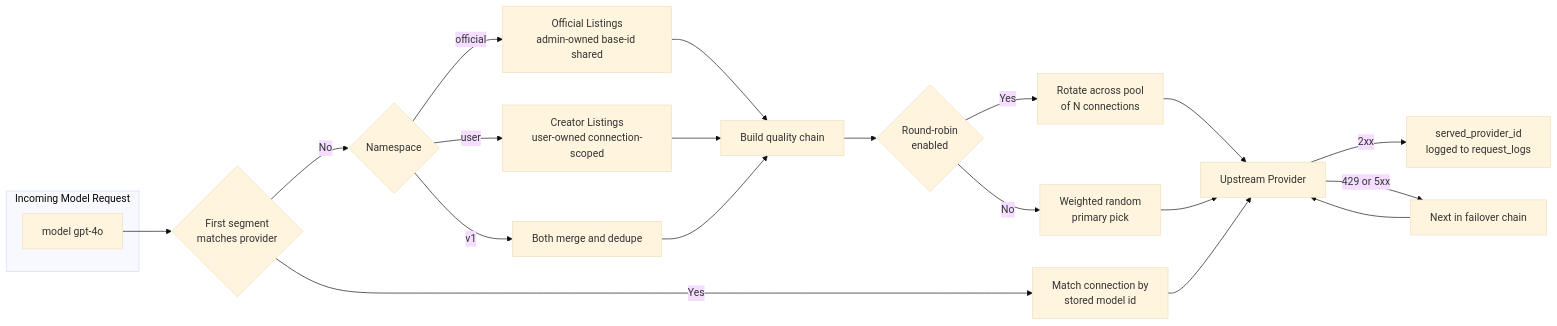
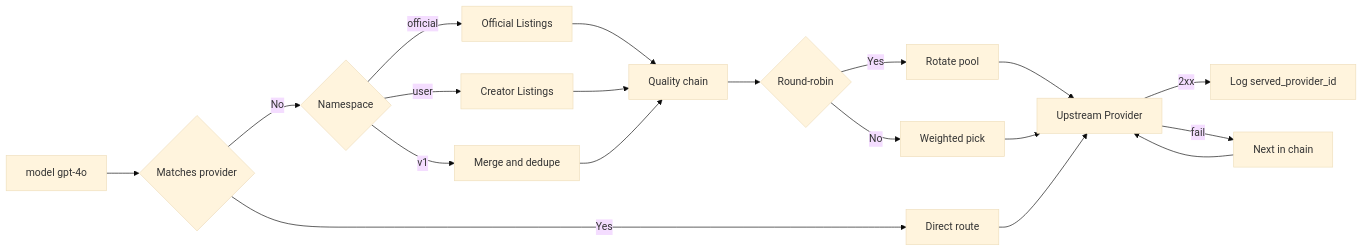
Before and after one commit to qwetls/xeygate: the fourth of 4 diagrams in README.md, drawn with Mermaid (base theme). The commit also changed other lines of this file, not shown here.

First line of the commit message:
fix: drastically simplify ER and marketplace Mermaid diagrams for GitHub

````diff
--- a/README.md
+++ b/README.md
@@ -476,31 +370,21 @@
 ```mermaid
 graph LR
-    subgraph Request[Incoming Model Request]
-        REQ[model gpt-4o]
-    end
-
-    REQ --> DETECT{First segment<br/>matches provider}
-
-    DETECT -->|Yes| CONN[Match connection by<br/>stored model id]
+    REQ[model gpt-4o] --> DETECT{Matches provider}
+    DETECT -->|Yes| CONN[Direct route]
     DETECT -->|No| NS{Namespace}
-
-    NS -->|official| OFF[Official Listings<br/>admin-owned base-id shared]
-    NS -->|user| CRE[Creator Listings<br/>user-owned connection-scoped]
-    NS -->|v1| BOTH[Both merge and dedupe]
-
-    OFF --> CHAIN[Build quality chain]
+    NS -->|official| OFF[Official Listings]
+    NS -->|user| CRE[Creator Listings]
+    NS -->|v1| BOTH[Merge and dedupe]
+    OFF --> CHAIN[Quality chain]
     CRE --> CHAIN
     BOTH --> CHAIN
-
-    CHAIN --> RR{Round-robin<br/>enabled}
-    RR -->|Yes| ROTATE[Rotate across pool<br/>of N connections]
-    RR -->|No| PICK[Weighted random<br/>primary pick]
-
+    CHAIN --> RR{Round-robin}
+    RR -->|Yes| ROTATE[Rotate pool]
+    RR -->|No| PICK[Weighted pick]
     ROTATE --> UP[Upstream Provider]
     PICK --> UP
     CONN --> UP
-
-    UP -->|2xx| AUDIT[served_provider_id<br/>logged to request_logs]
-    UP -->|429 or 5xx| FAILOVER[Next in failover chain]
+    UP -->|2xx| AUDIT[Log served_provider_id]
+    UP -->|fail| FAILOVER[Next in chain]
     FAILOVER --> UP
 ```
````
